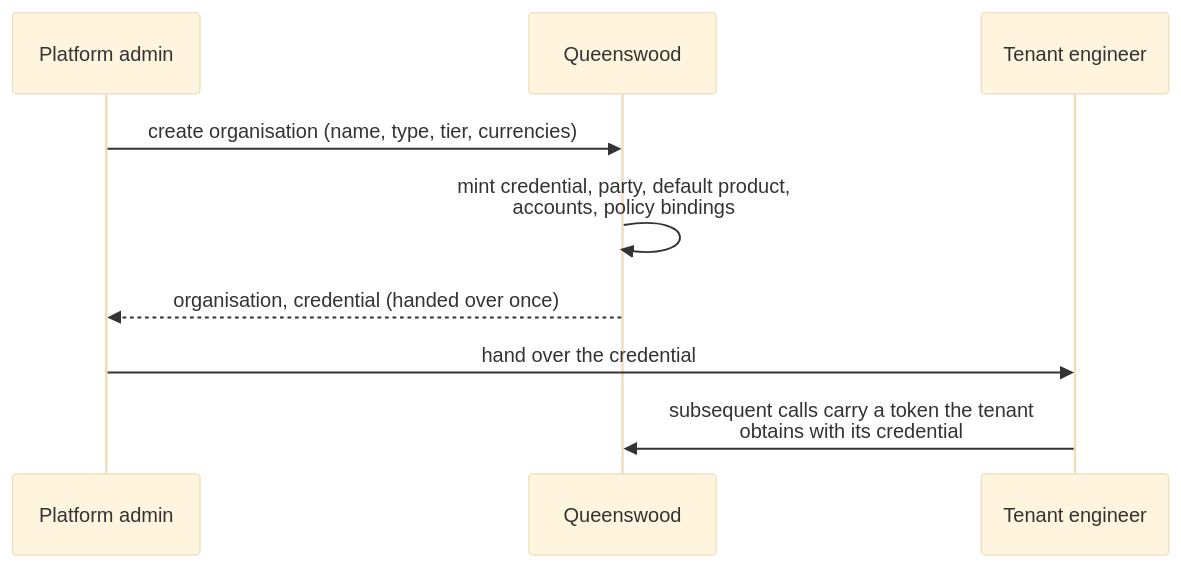
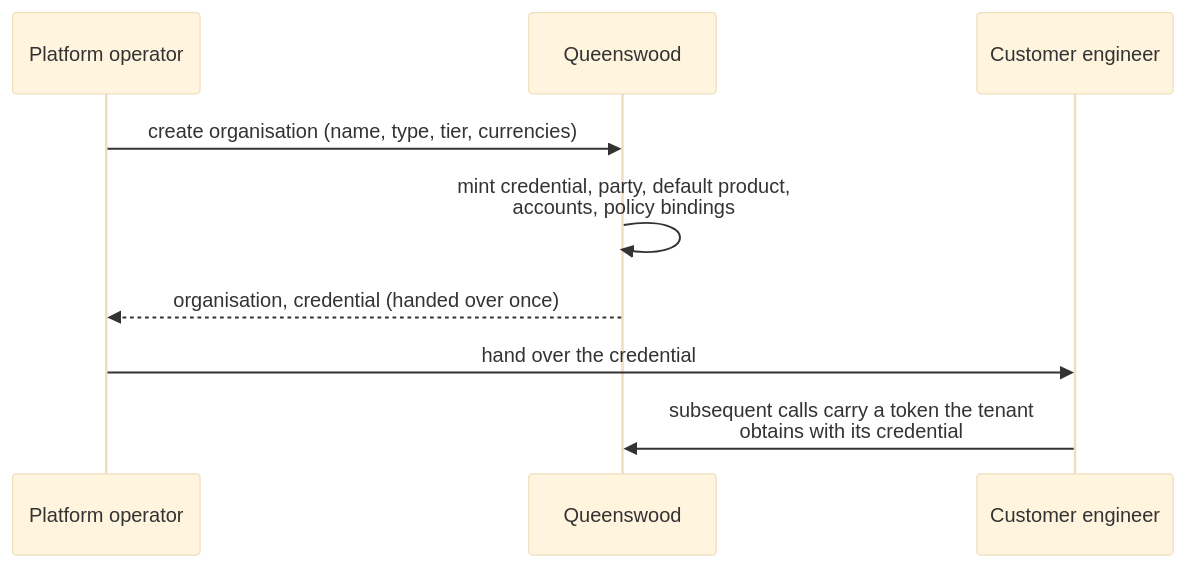
The first of 5 diagrams in docs/prd/platform.md (repldriven/queenswood), drawn with Mermaid (base theme) before and after one commit. The commit also changed other lines of this file and 15 other files, not shown here.

````diff
--- a/docs/prd/platform.md
+++ b/docs/prd/platform.md
@@ -150,12 +181,12 @@
 ```mermaid
 sequenceDiagram
-    participant A as Platform admin
+    participant A as Platform operator
     participant Q as Queenswood
-    participant T as Tenant engineer
+    participant T as Customer engineer
 
     A->>Q: create organisation (name, type, tier, currencies)
     Q->>Q: mint credential, party, default product,<br/>accounts, policy bindings
     Q-->>A: organisation, credential (handed over once)
     A->>T: hand over the credential
     T->>Q: subsequent calls carry a token the tenant<br/>obtains with its credential
 ```
````
